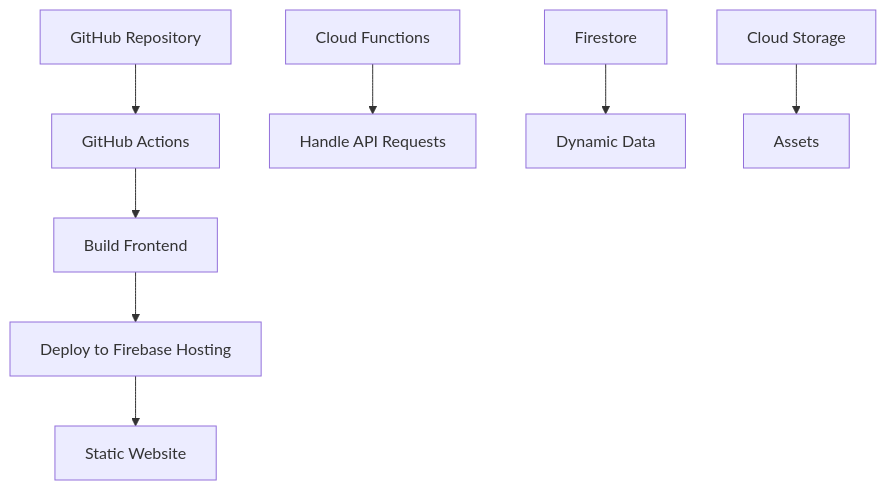
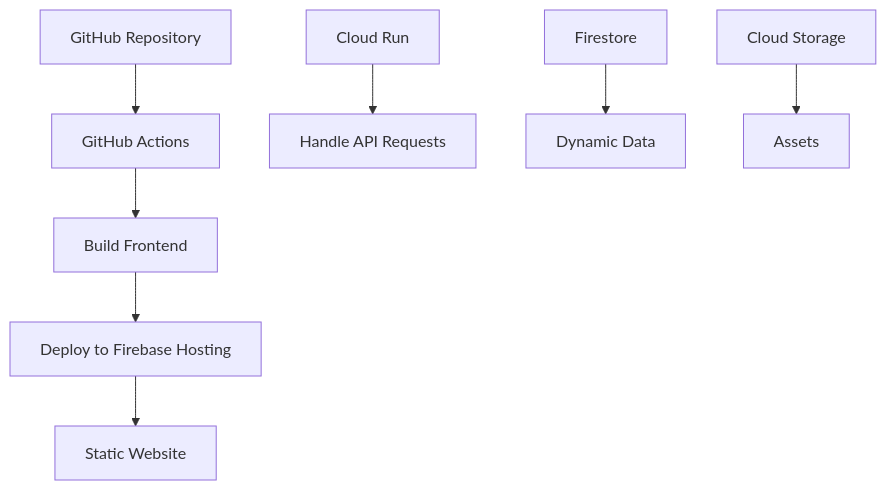
Before and after one commit to Emi2608/Kamdata_website-development: the first of 2 diagrams in README.md, drawn with Mermaid. The commit also changed other lines of this file, not shown here.

````diff
--- a/README.md
+++ b/README.md
@@ -18,10 +18,10 @@
 ```mermaid
 graph TD
     A[GitHub Repository] --> B[GitHub Actions]
     B --> C[Build Frontend]
     C --> D[Deploy to Firebase Hosting]
-    E[Cloud Functions] --> F[Handle API Requests]
+    E[Cloud Run] --> F[Handle API Requests]
     G[Firestore] --> H[Dynamic Data]
     I[Cloud Storage] --> J[Assets]
     D --> K[Static Website]
 ```
````
